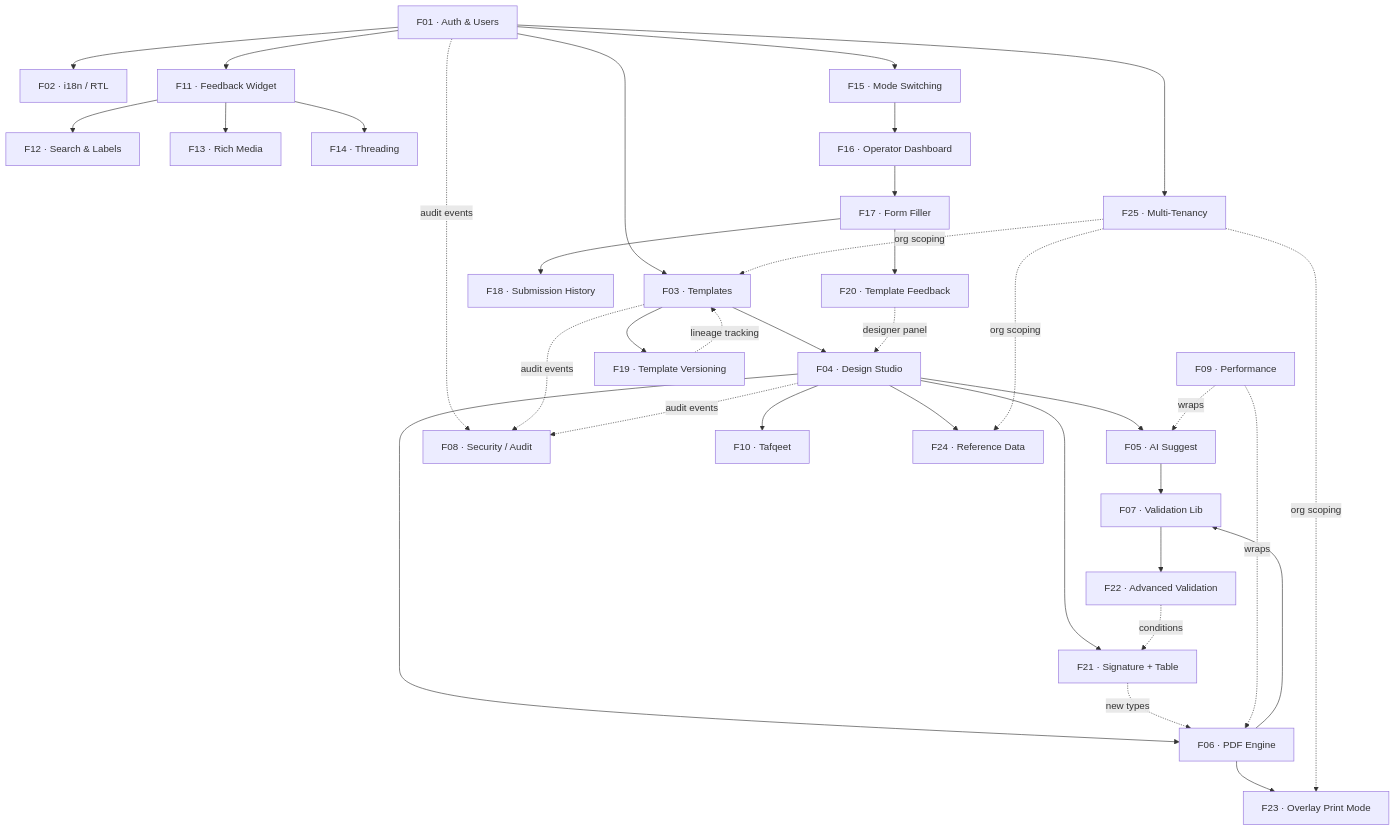
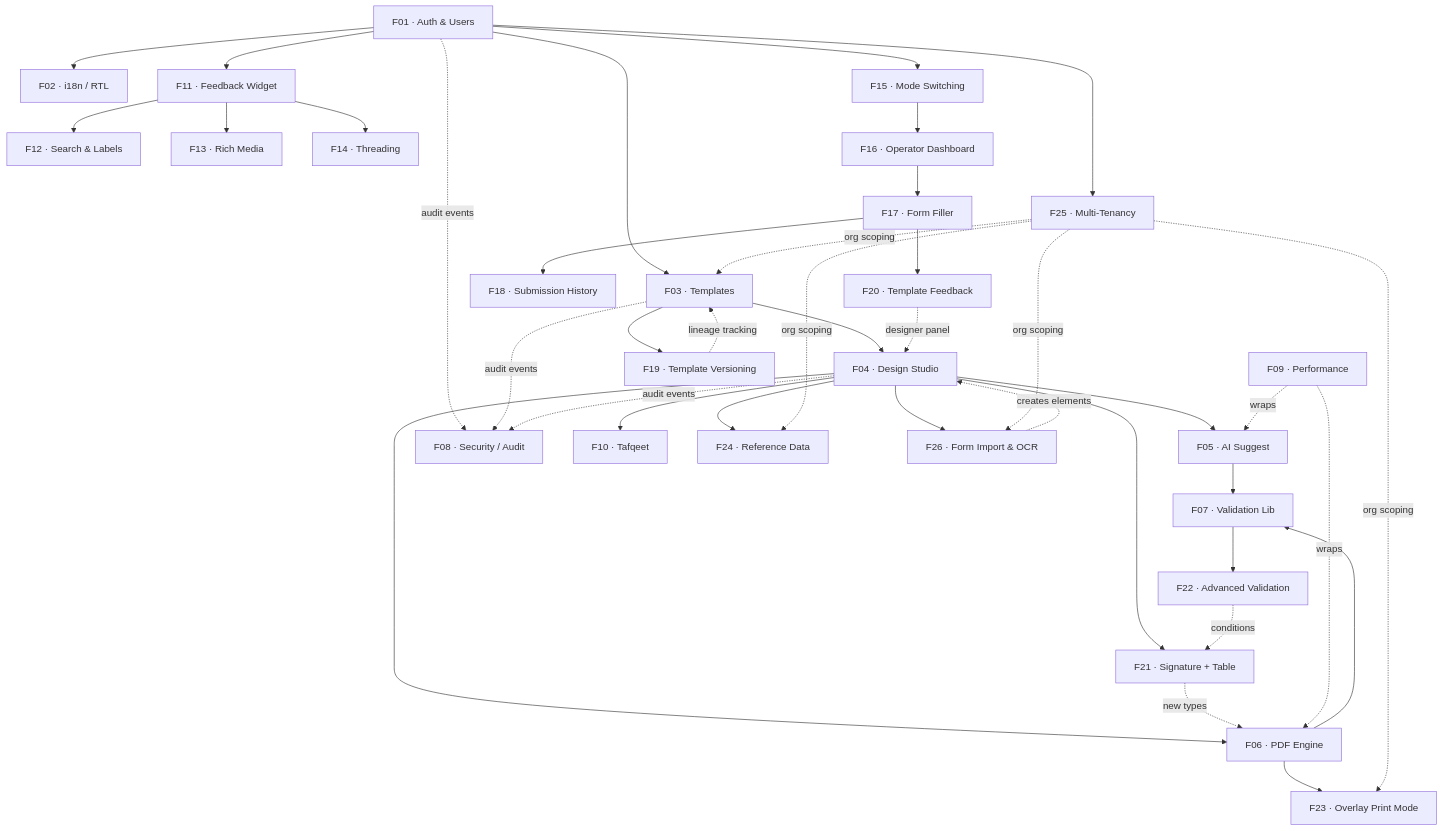
One commit to YasserHosny/FormCraft changed the first of 3 diagrams in docs/flows/feature-map.md. Above: the diagram before and after it, drawn with Mermaid. The commit also changed other lines of this file and 3 other files, not shown here.

First line of the commit message:
docs: update flow documentation to include Feature 26 (Form Import & OCR)

````diff
--- a/docs/flows/feature-map.md
+++ b/docs/flows/feature-map.md
@@ -9,64 +10,68 @@
 ```mermaid
 graph TD
     F01["F01 · Auth & Users"]
     F02["F02 · i18n / RTL"]
     F03["F03 · Templates"]
     F04["F04 · Design Studio"]
     F05["F05 · AI Suggest"]
     F06["F06 · PDF Engine"]
     F07["F07 · Validation Lib"]
     F08["F08 · Security / Audit"]
     F09["F09 · Performance"]
     F10["F10 · Tafqeet"]
     F11["F11 · Feedback Widget"]
     F12["F12 · Search & Labels"]
     F13["F13 · Rich Media"]
     F14["F14 · Threading"]
     F15["F15 · Mode Switching"]
     F16["F16 · Operator Dashboard"]
     F17["F17 · Form Filler"]
     F18["F18 · Submission History"]
     F19["F19 · Template Versioning"]
     F20["F20 · Template Feedback"]
     F21["F21 · Signature + Table"]
     F22["F22 · Advanced Validation"]
     F23["F23 · Overlay Print Mode"]
     F24["F24 · Reference Data"]
     F25["F25 · Multi-Tenancy"]
+    F26["F26 · Form Import & OCR"]
 
     F01 --> F02
     F01 --> F03
     F01 --> F11
     F01 --> F15
     F01 --> F25
     F03 --> F04
     F03 --> F19
     F04 --> F05
     F04 --> F10
     F04 --> F06
     F04 --> F21
     F04 --> F24
     F05 --> F07
     F06 --> F07
     F06 --> F23
     F07 --> F22
     F11 --> F12
     F11 --> F13
     F11 --> F14
     F15 --> F16
     F16 --> F17
     F17 --> F18
     F17 --> F20
     F19 -.->|"lineage tracking"| F03
     F20 -.->|"designer panel"| F04
     F25 -.->|"org scoping"| F03
     F25 -.->|"org scoping"| F23
     F25 -.->|"org scoping"| F24
     F21 -.->|"new types"| F06
     F22 -.->|"conditions"| F21
+    F04 --> F26
+    F26 -.->|"creates elements"| F04
+    F25 -.->|"org scoping"| F26
     F01 -.->|"audit events"| F08
     F03 -.->|"audit events"| F08
     F04 -.->|"audit events"| F08
     F09 -.->|"wraps"| F05
     F09 -.->|"wraps"| F06
 ```
````
